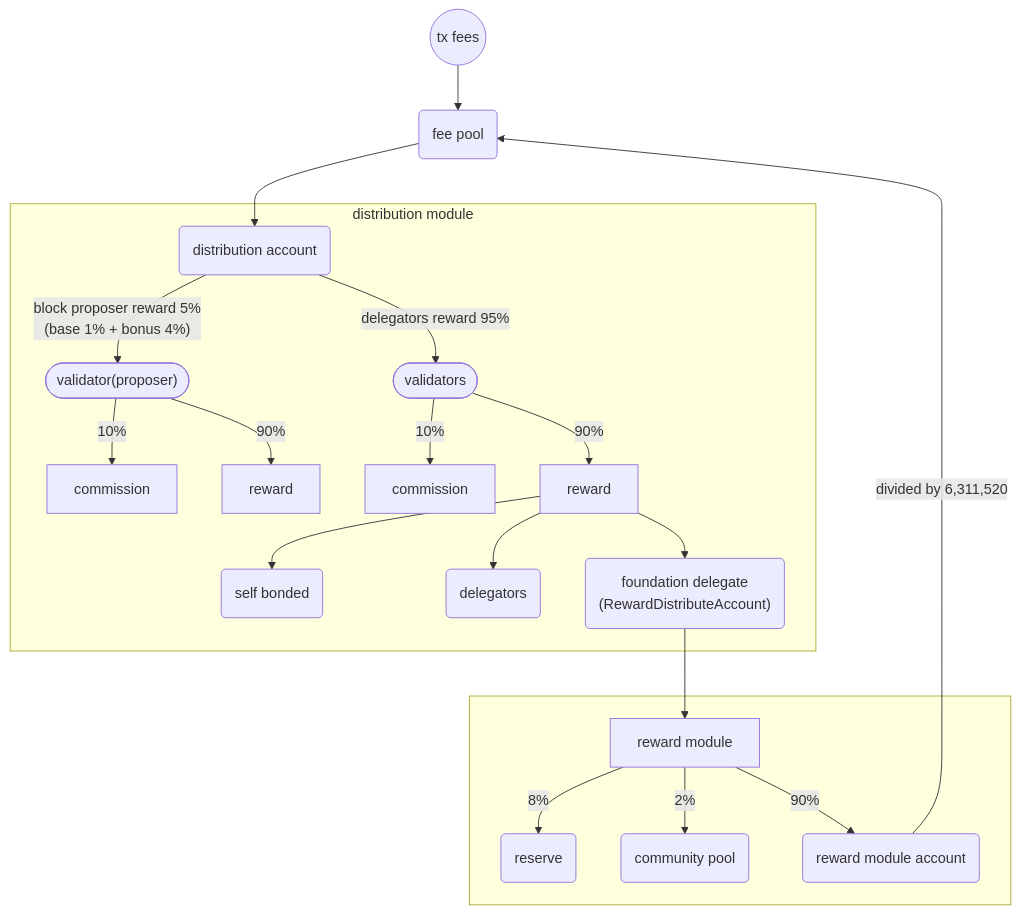
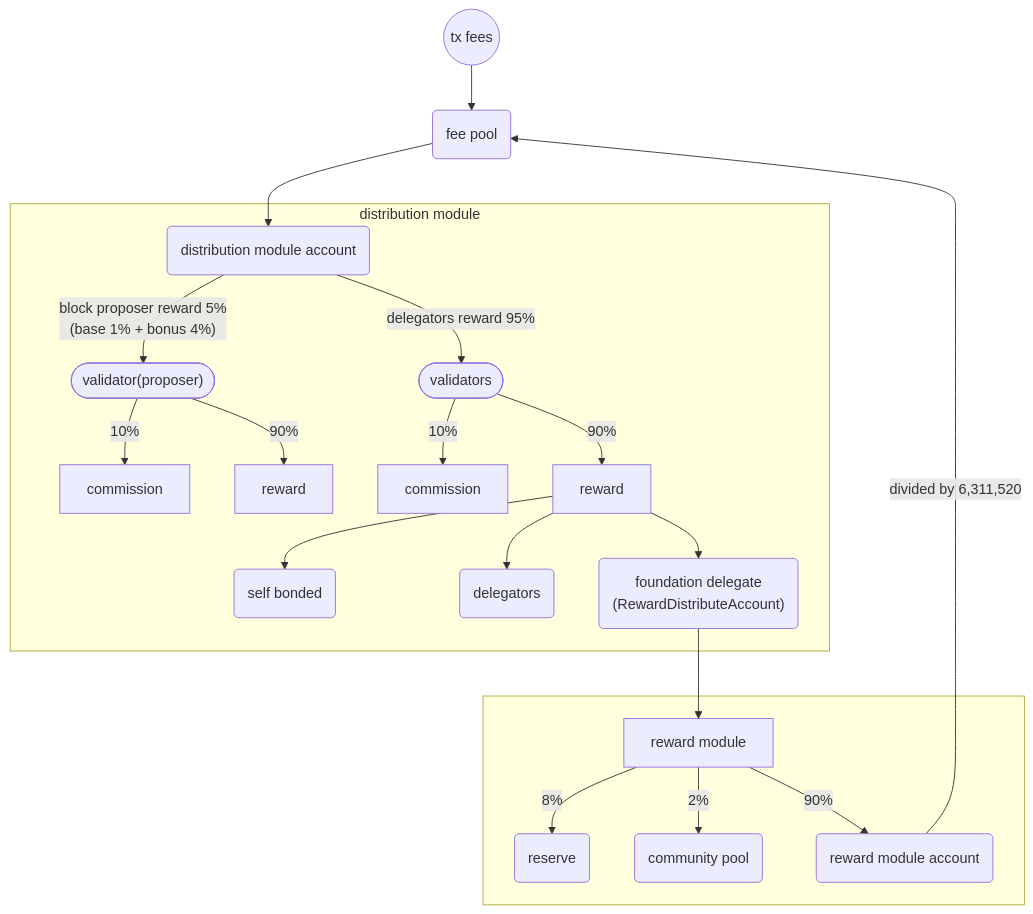
The diagram in content/en/develop/develop/core-modules/reward.md (xpladev/docs), drawn with Mermaid before and after one commit. The commit also changed other lines of this file, not shown here.

```diff
--- a/content/en/develop/develop/core-modules/reward.md
+++ b/content/en/develop/develop/core-modules/reward.md
@@ -24,26 +24,26 @@
 {{< mermaid >}}
 flowchart TD
   direction LR
   T((tx fees)) --> F(fee pool)
-  F --> D(distribution account)
+  F --> D(distribution module account)
   subgraph distribution module
     D --"block proposer reward 5%
         (base 1% + bonus 4%)"--> P(["validator(proposer)"])
     D --delegators reward 95%--> V([validators])
     P --10%--> C1[commission]
     P --90%--> R1[reward]
     V --10%--> C2[commission]
     V --90%--> R2[reward]
     R2 --> S(self bonded)
     R2 --> U(delegators)
     R2 --> G("foundation delegate
     (RewardDistributeAccount)")
   end
   G --> RM[reward module]
   subgraph " "
     RM --8%--> R(reserve)
     RM --2%--> CP(community pool)
     RM --90%--> RA(reward module account)
   end
   RA --divided by 6,311,520--> F
 {{< /mermaid >}}
```
